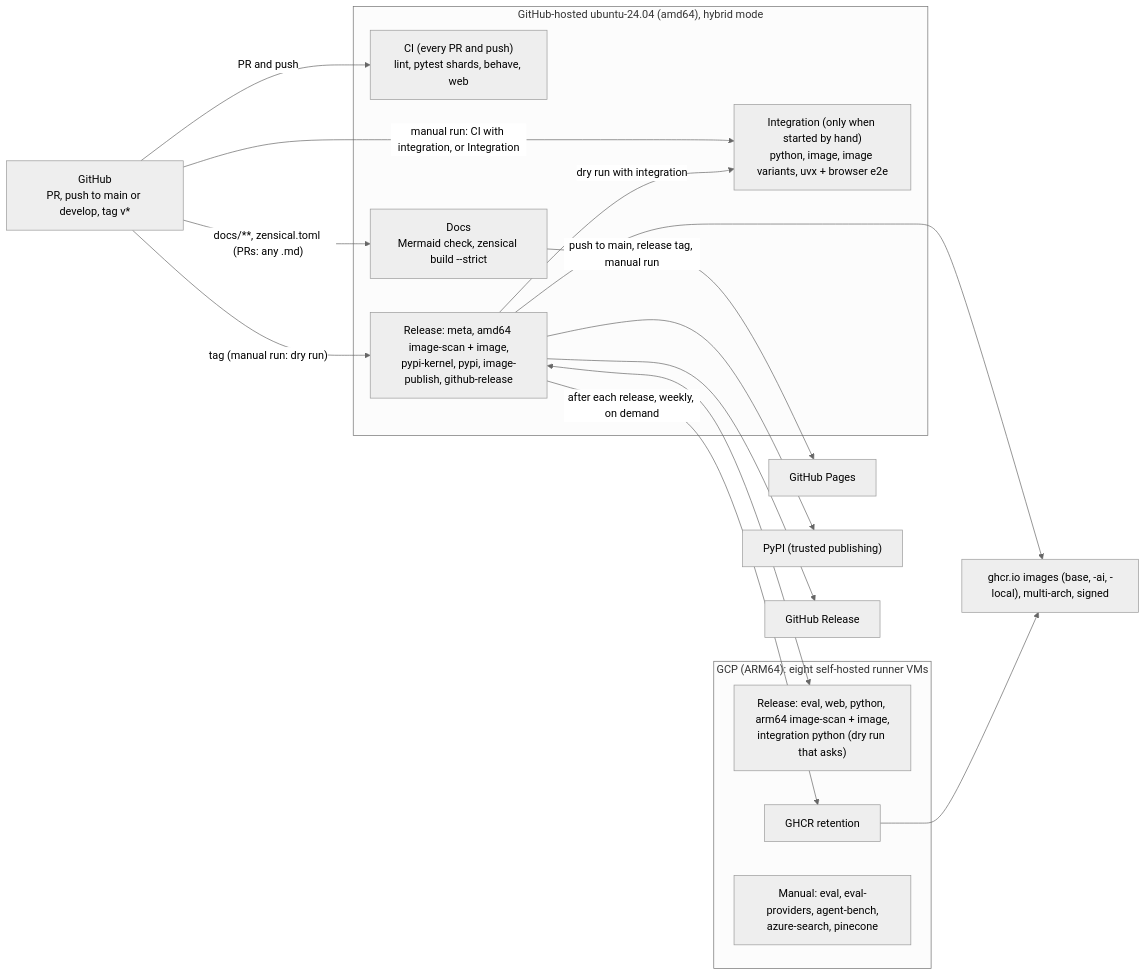
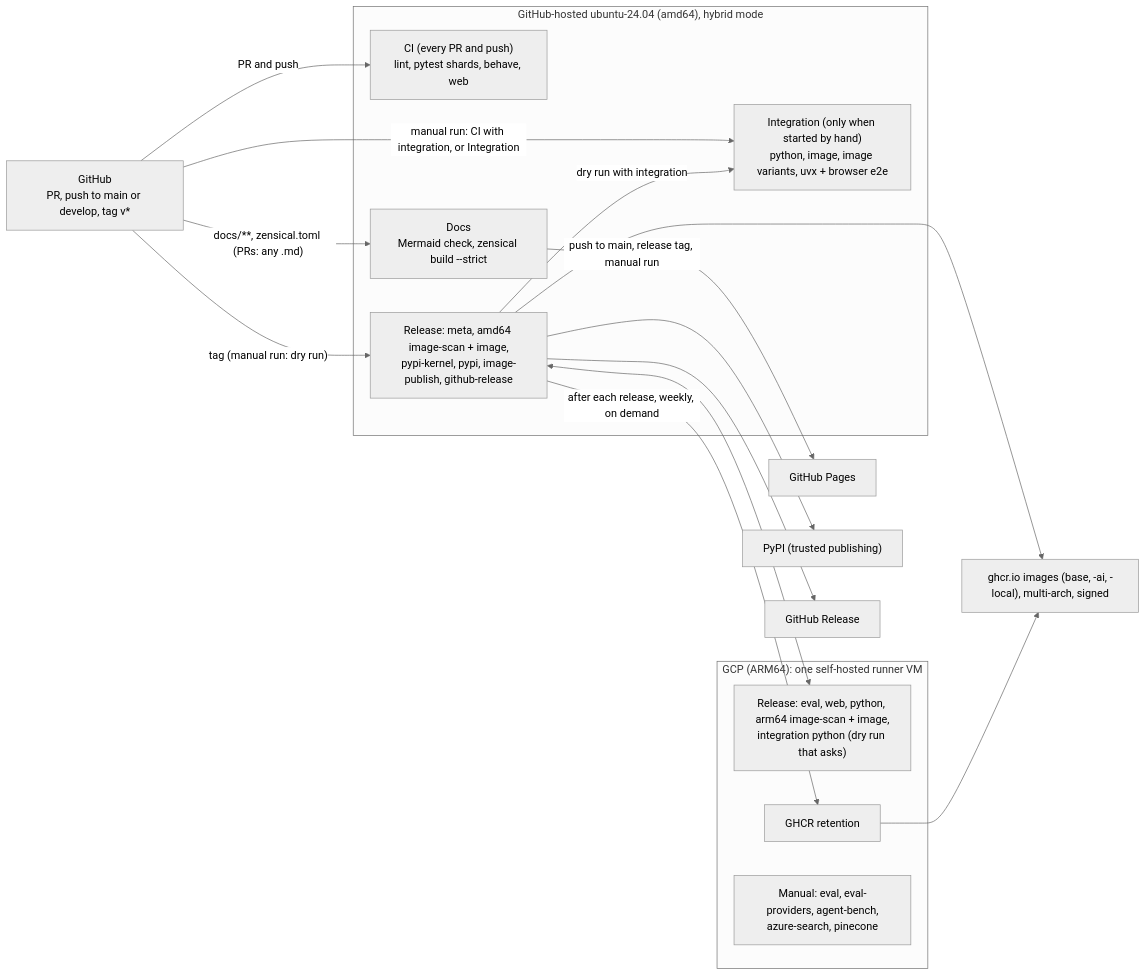
One commit to SirCypkowskyy/ExactDocs changed the diagram in docs/releasing/runners.md. Above: the diagram before and after it, drawn with Mermaid (neutral theme). The commit also changed other lines of this file and 4 other files, not shown here.

Commit message:
docs(runners): CI runs on one GCP runner VM

````diff
--- a/docs/releasing/runners.md
+++ b/docs/releasing/runners.md
@@ -59,27 +59,27 @@
 ```mermaid
 flowchart LR
     gh["GitHub<br/>PR, push to main or develop, tag v*"]
     subgraph hosted ["GitHub-hosted ubuntu-24.04 (amd64), hybrid mode"]
         ci["CI (every PR and push)<br/>lint, pytest shards, behave, web"]
         integ["Integration (only when started by hand)<br/>python, image, image variants, uvx + browser e2e"]
         docs["Docs<br/>Mermaid check, zensical build --strict"]
         relh["Release: meta, amd64 image-scan + image,<br/>pypi-kernel, pypi, image-publish, github-release"]
     end
-    subgraph gcp ["GCP (ARM64): eight self-hosted runner VMs"]
+    subgraph gcp ["GCP (ARM64): one self-hosted runner VM"]
         rels["Release: eval, web, python, arm64 image-scan + image,<br/>integration python (dry run that asks)"]
         ret["GHCR retention"]
         manual["Manual: eval, eval-providers, agent-bench,<br/>azure-search, pinecone"]
     end
     gh -->|PR and push| ci
     gh -->|"manual run: CI with integration, or Integration"| integ
     relh -->|"dry run with integration"| integ
     gh -->|"docs/**, zensical.toml (PRs: any .md)"| docs
     gh -->|"tag (manual run: dry run)"| relh
     relh <--> rels
     relh -->|after each release, weekly, on demand| ret
     docs -->|"push to main, release tag, manual run"| pages["GitHub Pages"]
     relh --> pypi["PyPI (trusted publishing)"]
     relh --> ghcr["ghcr.io images (base, -ai, -local), multi-arch, signed"]
     relh --> ghrel["GitHub Release"]
     ret --> ghcr
 ```
````
